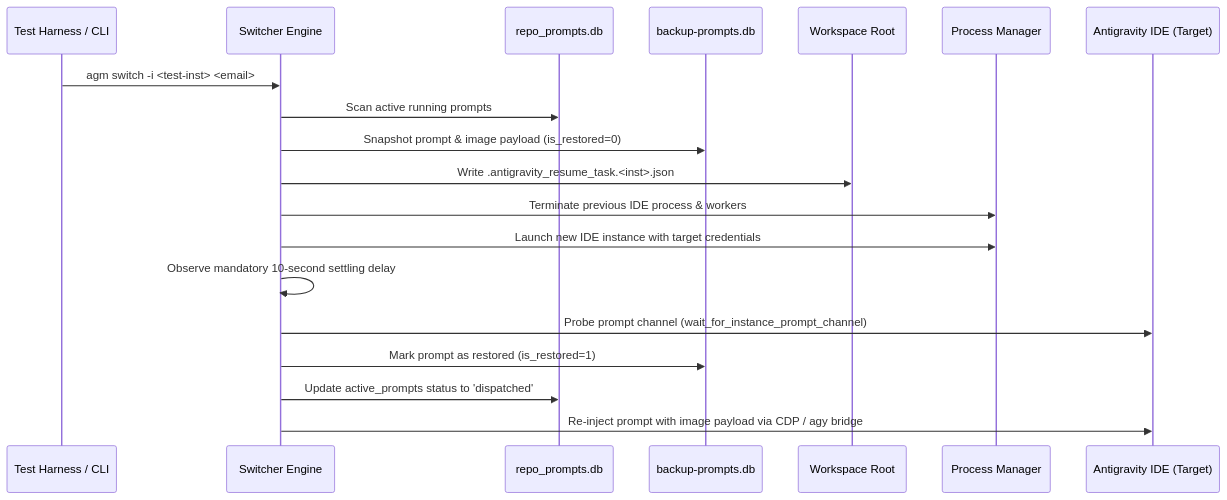
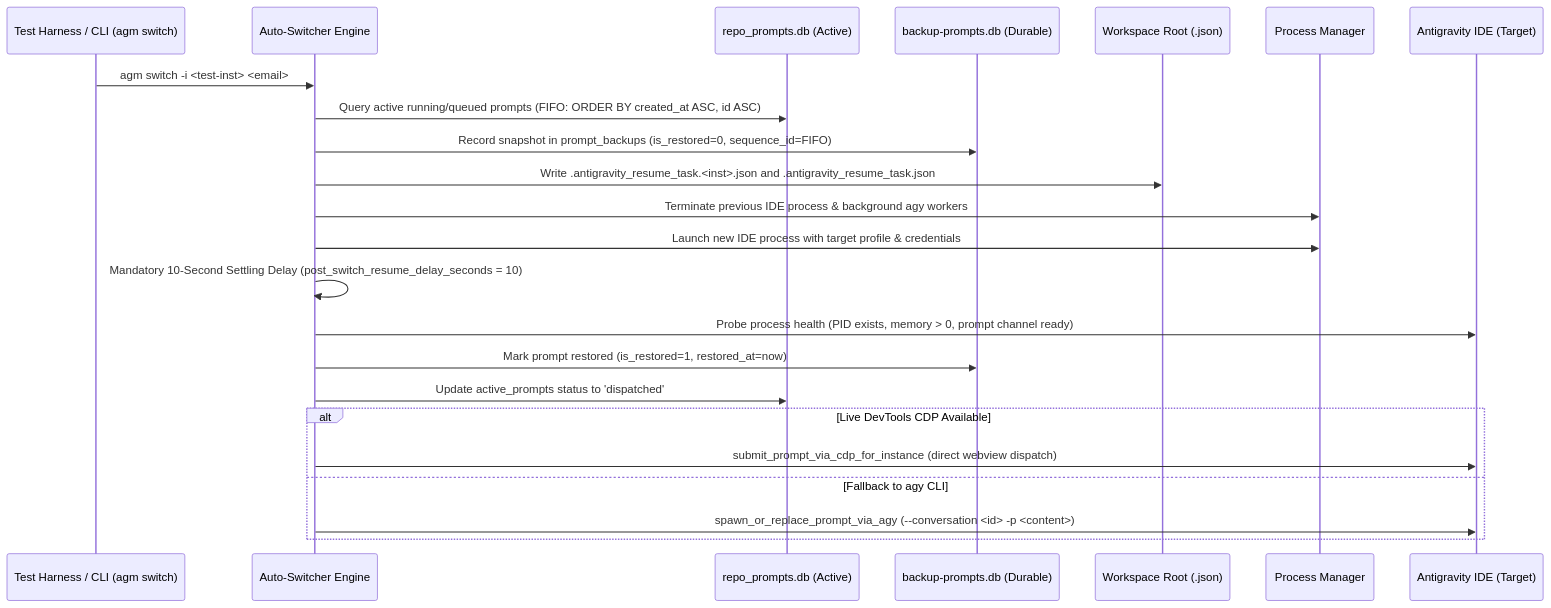
One commit to alimtvnetwork/Antigravity-Manager changed the diagram in 02-spec/21-app/account-switch-testing-with-antigravity-tools/02-switch-and-prompt-backup-spec.md. Above: the diagram before and after it, drawn with Mermaid. The commit also changed other lines of this file and 19 other files, not shown here.

Commit message:
Test: account-switch-testing: verify prompt/image backup resumption, 10s settling, and fix sqlite/file-lock errors (Thanks to @aukgit)

````diff
--- a/02-spec/21-app/account-switch-testing-with-antigravity-tools/02-switch-and-prompt-backup-spec.md
+++ b/02-spec/21-app/account-switch-testing-with-antigravity-tools/02-switch-and-prompt-backup-spec.md
@@ -74,22 +215,26 @@
 ```mermaid
 sequenceDiagram
-    participant User/Harness as Test Harness / CLI
-    participant AutoSwitcher as Switcher Engine
-    participant RepoDB as repo_prompts.db
-    participant BackupDB as backup-prompts.db
-    participant Workspace as Workspace Root
-    participant ProcessMgr as Process Manager
+    participant Harness as Test Harness / CLI (agm switch)
+    participant Switcher as Auto-Switcher Engine
+    participant RepoDB as repo_prompts.db (Active)
+    participant BackupDB as backup-prompts.db (Durable)
+    participant Workspace as Workspace Root (.json)
+    participant ProcMgr as Process Manager
     participant IDE as Antigravity IDE (Target)
 
-    User/Harness->>AutoSwitcher: agm switch -i <test-inst> <email>
-    AutoSwitcher->>RepoDB: Scan active running prompts
-    AutoSwitcher->>BackupDB: Snapshot prompt & image payload (is_restored=0)
-    AutoSwitcher->>Workspace: Write .antigravity_resume_task.<inst>.json
-    AutoSwitcher->>ProcessMgr: Terminate previous IDE process & workers
-    AutoSwitcher->>ProcessMgr: Launch new IDE instance with target credentials
-    AutoSwitcher->>AutoSwitcher: Observe mandatory 10-second settling delay
-    AutoSwitcher->>IDE: Probe prompt channel (wait_for_instance_prompt_channel)
-    AutoSwitcher->>BackupDB: Mark prompt as restored (is_restored=1)
-    AutoSwitcher->>RepoDB: Update active_prompts status to 'dispatched'
-    AutoSwitcher->>IDE: Re-inject prompt with image payload via CDP / agy bridge
+    Harness->>Switcher: agm switch -i <test-inst> <email>
+    Switcher->>RepoDB: Query active running/queued prompts (FIFO: ORDER BY created_at ASC, id ASC)
+    Switcher->>BackupDB: Record snapshot in prompt_backups (is_restored=0, sequence_id=FIFO)
+    Switcher->>Workspace: Write .antigravity_resume_task.<inst>.json and .antigravity_resume_task.json
+    Switcher->>ProcMgr: Terminate previous IDE process & background agy workers
+    Switcher->>ProcMgr: Launch new IDE process with target profile & credentials
+    Switcher->>Switcher: Mandatory 10-Second Settling Delay (post_switch_resume_delay_seconds = 10)
+    Switcher->>IDE: Probe process health (PID exists, memory > 0, prompt channel ready)
+    Switcher->>BackupDB: Mark prompt restored (is_restored=1, restored_at=now)
+    Switcher->>RepoDB: Update active_prompts status to 'dispatched'
+    alt Live DevTools CDP Available
+        Switcher->>IDE: submit_prompt_via_cdp_for_instance (direct webview dispatch)
+    else Fallback to agy CLI
+        Switcher->>IDE: spawn_or_replace_prompt_via_agy (--conversation <id> -p <content>)
+    end
 ```
````
